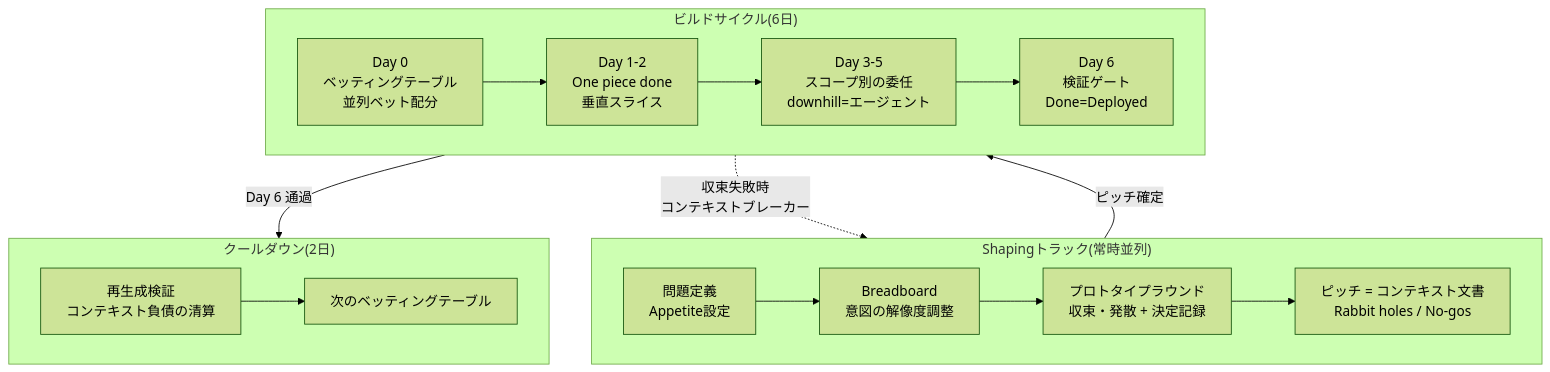
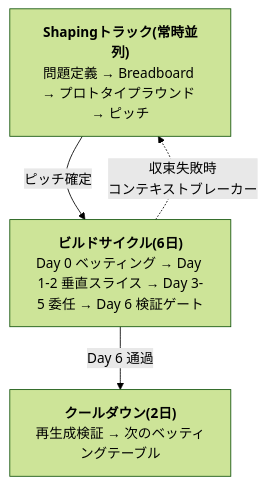
Before and after one commit to roboco-io/vibe-driven-development-lifecycle: the diagram in docs/ja/cycle.md, drawn with Mermaid (forest theme). The commit also changed 3 other files, not shown here.

First line of the commit message:
fix: 사이클 다이어그램을 트랙 수준 3노드로 단순화

````diff
--- a/docs/ja/cycle.md
+++ b/docs/ja/cycle.md
@@ -23,18 +23,9 @@
 ```mermaid
 flowchart TB
-    subgraph SHAPING["Shapingトラック(常時並列)"]
-        direction LR
-        S1["問題定義<br/>Appetite設定"] --> S2["Breadboard<br/>意図の解像度調整"] --> SP["プロトタイプラウンド<br/>収束・発散 + 決定記録"] --> S3["ピッチ = コンテキスト文書<br/>Rabbit holes / No-gos"]
-    end
-    subgraph CYCLE["ビルドサイクル(6日)"]
-        direction LR
-        B0["Day 0<br/>ベッティングテーブル<br/>並列ベット配分"] --> B1["Day 1-2<br/>One piece done<br/>垂直スライス"] --> B2["Day 3-5<br/>スコープ別の委任<br/>downhill=エージェント"] --> B3["Day 6<br/>検証ゲート<br/>Done=Deployed"]
-    end
-    subgraph COOL["クールダウン(2日)"]
-        direction LR
-        C1["再生成検証<br/>コンテキスト負債の清算"] --> C2["次のベッティングテーブル"]
-    end
-    SHAPING -->|"ピッチ確定"| CYCLE
-    CYCLE -->|"Day 6 通過"| COOL
-    CYCLE -. "収束失敗時<br/>コンテキストブレーカー" .-> SHAPING
+    S["<b>Shapingトラック(常時並列)</b><br/>問題定義 → Breadboard → プロトタイプラウンド → ピッチ"]
+    B["<b>ビルドサイクル(6日)</b><br/>Day 0 ベッティング → Day 1-2 垂直スライス → Day 3-5 委任 → Day 6 検証ゲート"]
+    C["<b>クールダウン(2日)</b><br/>再生成検証 → 次のベッティングテーブル"]
+    S -->|"ピッチ確定"| B
+    B -->|"Day 6 通過"| C
+    B -. "収束失敗時<br/>コンテキストブレーカー" .-> S
 ```
````
